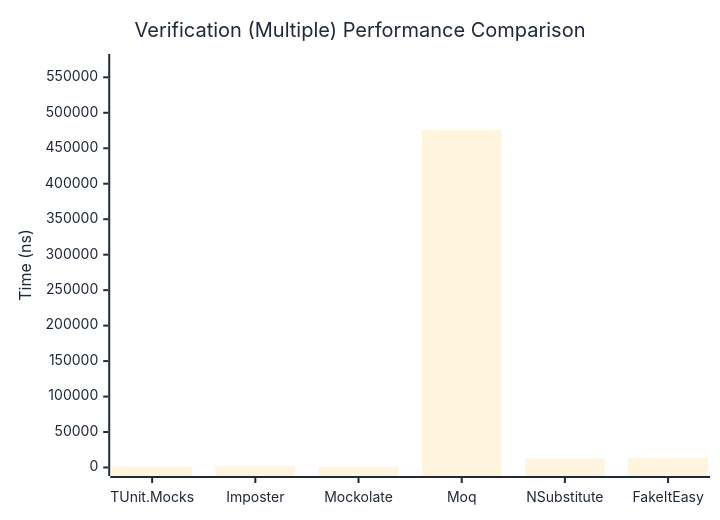
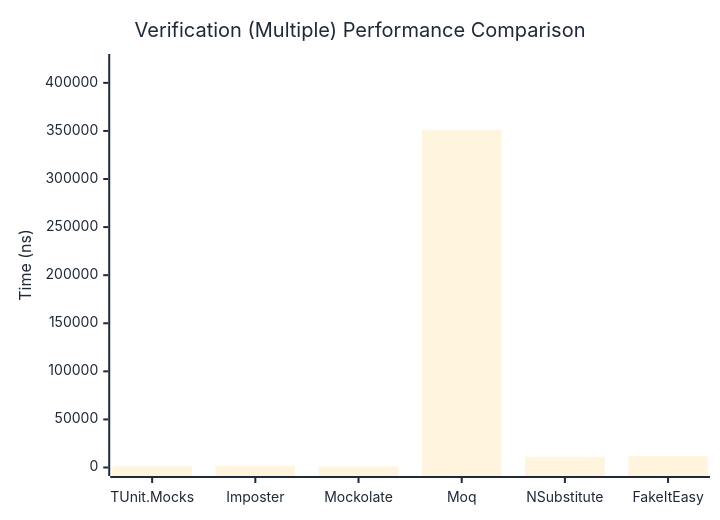
One commit to thomhurst/TUnit changed the third of 3 diagrams in docs/docs/benchmarks/mocks/Verification.md. Above: the diagram before and after it, drawn with Mermaid. The commit also changed other lines of this file and 14 other files, not shown here.

````diff
--- a/docs/docs/benchmarks/mocks/Verification.md
+++ b/docs/docs/benchmarks/mocks/Verification.md
@@ -112,27 +112,27 @@
 ```mermaid
 %%{init: {
   'theme':'base',
   'themeVariables': {
     'primaryColor': '#2563eb',
     'primaryTextColor': '#1f2937',
     'primaryBorderColor': '#1e40af',
     'lineColor': '#6b7280',
     'secondaryColor': '#7c3aed',
     'tertiaryColor': '#dc2626',
     'background': '#ffffff',
     'pie1': '#2563eb',
     'pie2': '#7c3aed',
     'pie3': '#dc2626',
     'pie4': '#f59e0b',
     'pie5': '#10b981',
     'pie6': '#06b6d4',
     'pie7': '#ec4899',
     'pie8': '#6366f1'
   }
 }}%%
 xychart-beta
   title "Verification (Multiple) Performance Comparison"
   x-axis ["TUnit.Mocks", "Imposter", "Mockolate", "Moq", "NSubstitute", "FakeItEasy"]
-  y-axis "Time (ns)" 0 --> 570885
-  bar [1265.24, 1777.92, 1119.21, 475737.35, 12617.34, 13356.53]
+  y-axis "Time (ns)" 0 --> 421169
+  bar [1261.68, 1660.58, 1137.61, 350973.61, 11253.45, 11742.28]
 ```
````
